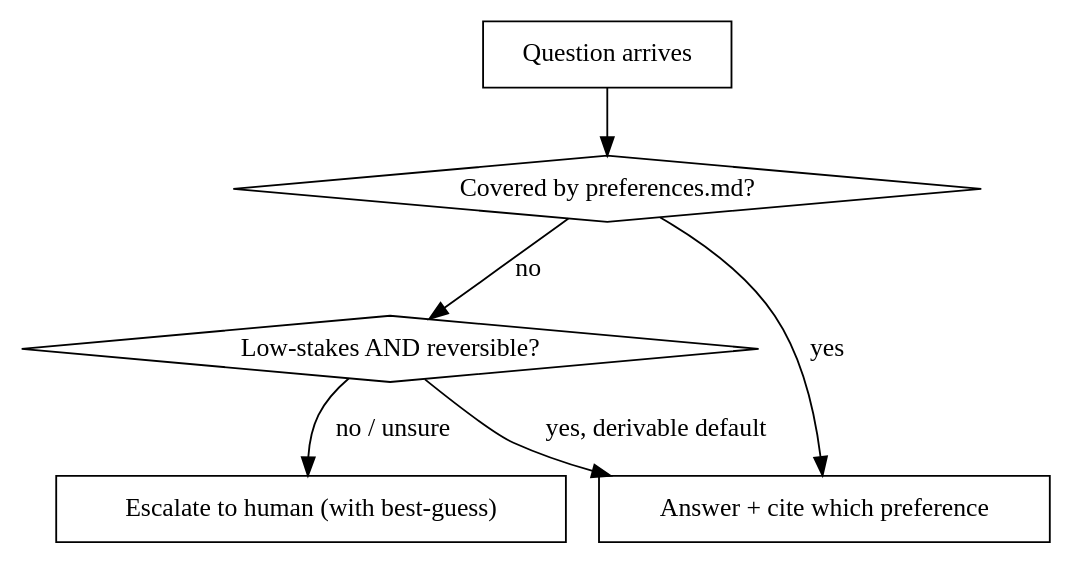
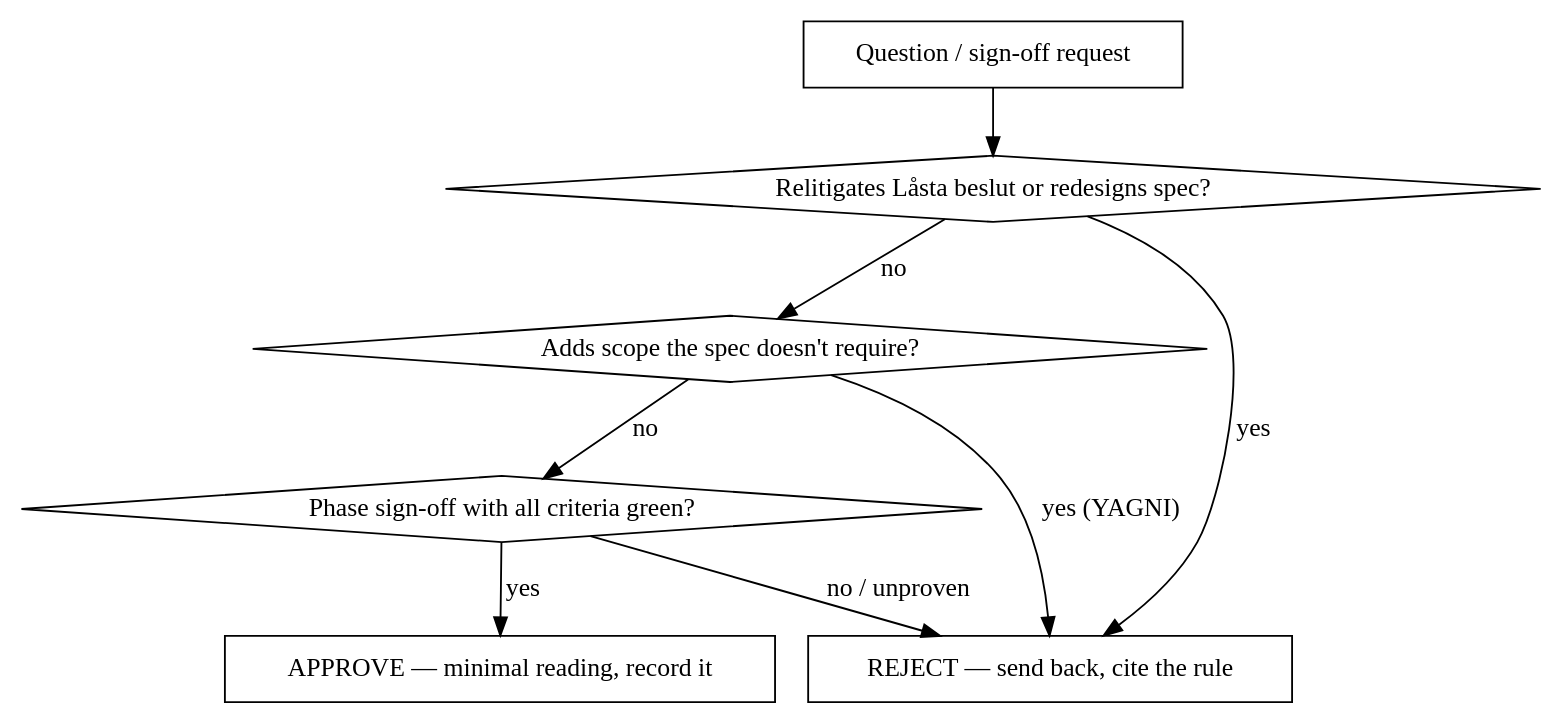
One commit to dalholm/agent-config changed the diagram in skills/preference-oracle/SKILL.md. Above: the diagram before and after it, drawn with Graphviz. The commit also changed other lines of this file and 20 other files, not shown here.

````diff
--- a/skills/preference-oracle/SKILL.md
+++ b/skills/preference-oracle/SKILL.md
@@ -19,15 +43,18 @@
 ```dot
 digraph oracle {
-  "Question arrives" [shape=box];
-  "Covered by preferences.md?" [shape=diamond];
-  "Low-stakes AND reversible?" [shape=diamond];
-  "Answer + cite which preference" [shape=box];
-  "Escalate to human (with best-guess)" [shape=box];
+  "Question / sign-off request" [shape=box];
+  "Relitigates Låsta beslut or redesigns spec?" [shape=diamond];
+  "Adds scope the spec doesn't require?" [shape=diamond];
+  "Phase sign-off with all criteria green?" [shape=diamond];
+  "REJECT — send back, cite the rule" [shape=box];
+  "APPROVE — minimal reading, record it" [shape=box];
 
-  "Question arrives" -> "Covered by preferences.md?";
-  "Covered by preferences.md?" -> "Answer + cite which preference" [label="yes"];
-  "Covered by preferences.md?" -> "Low-stakes AND reversible?" [label="no"];
-  "Low-stakes AND reversible?" -> "Answer + cite which preference" [label="yes, derivable default"];
-  "Low-stakes AND reversible?" -> "Escalate to human (with best-guess)" [label="no / unsure"];
+  "Question / sign-off request" -> "Relitigates Låsta beslut or redesigns spec?";
+  "Relitigates Låsta beslut or redesigns spec?" -> "REJECT — send back, cite the rule" [label="yes"];
+  "Relitigates Låsta beslut or redesigns spec?" -> "Adds scope the spec doesn't require?" [label="no"];
+  "Adds scope the spec doesn't require?" -> "REJECT — send back, cite the rule" [label="yes (YAGNI)"];
+  "Adds scope the spec doesn't require?" -> "Phase sign-off with all criteria green?" [label="no"];
+  "Phase sign-off with all criteria green?" -> "APPROVE — minimal reading, record it" [label="yes"];
+  "Phase sign-off with all criteria green?" -> "REJECT — send back, cite the rule" [label="no / unproven"];
 }
 ```
````
